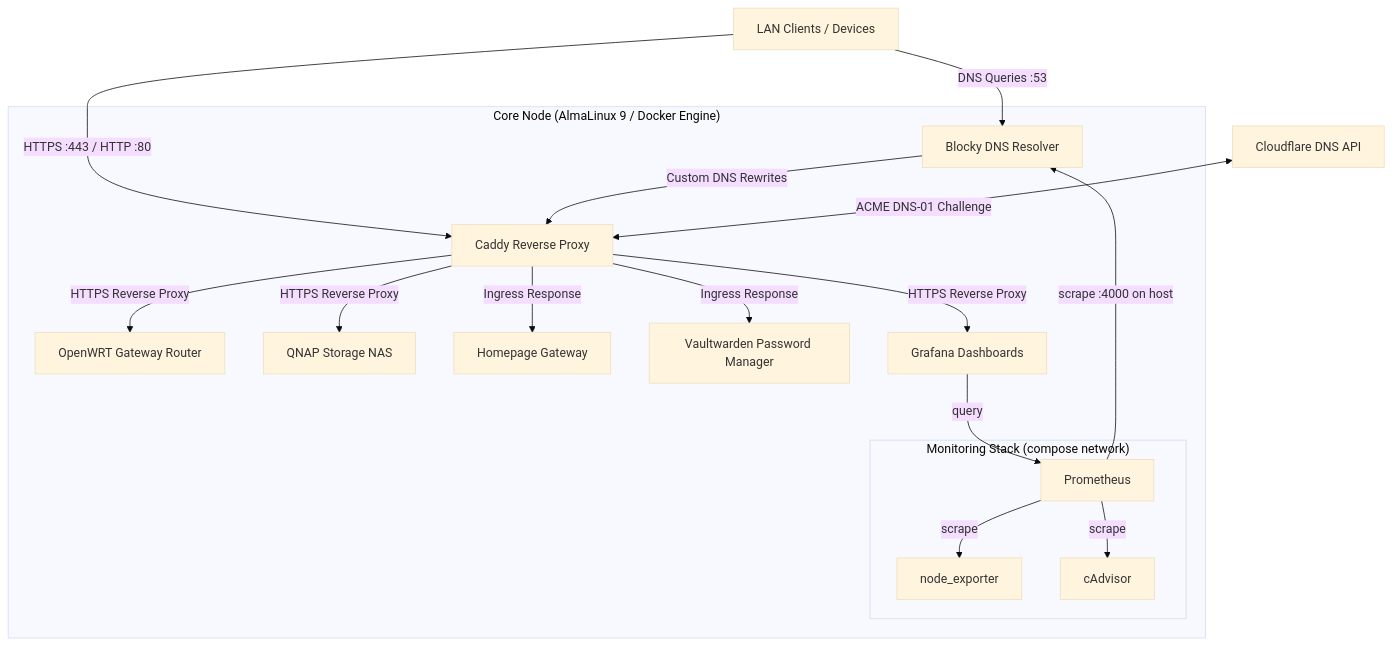
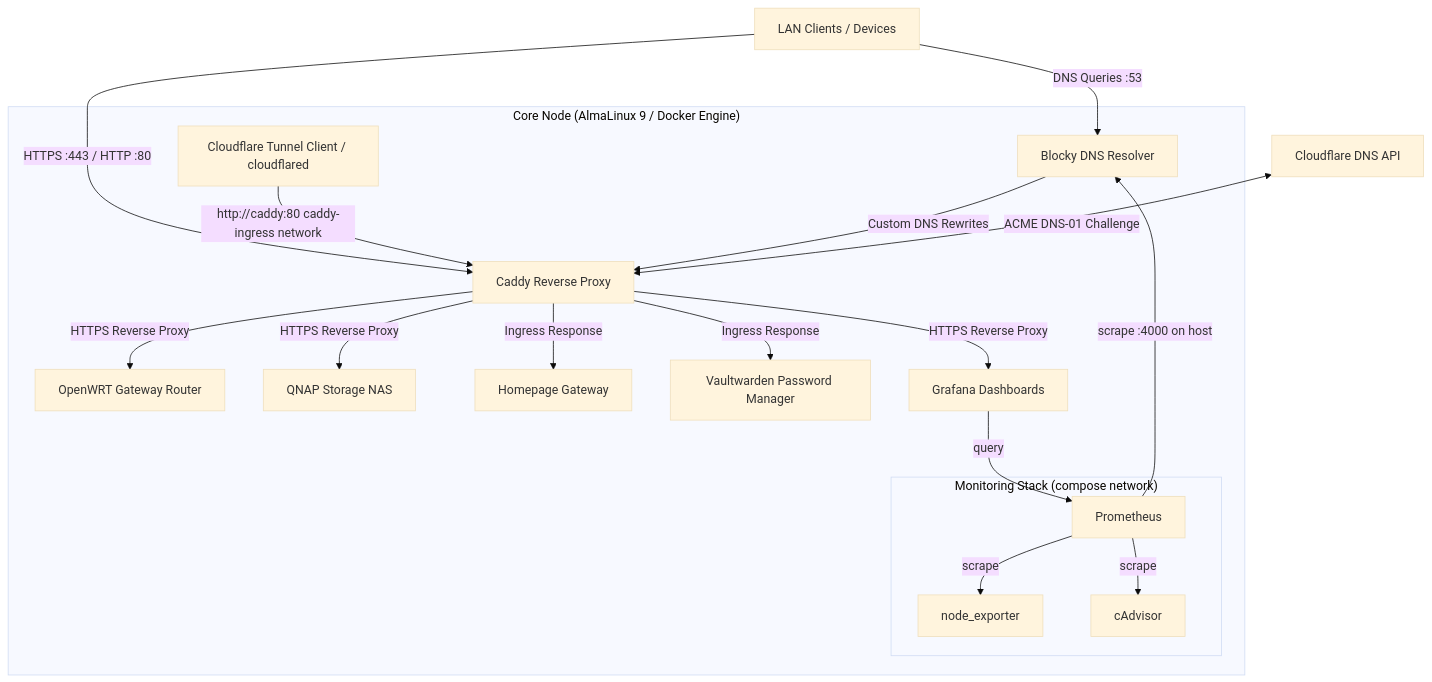
One commit to KrzysztofKaletkaDev/ansible-homelab-template changed the diagram in README.md. Above: the diagram before and after it, drawn with Mermaid (base theme). The commit also changed other lines of this file and 8 other files, not shown here.

Commit message:
feat: add cloudflared role for zero-trust tunnel ingress (#9)

````diff
--- a/README.md
+++ b/README.md
@@ -13,23 +13,24 @@
 ```mermaid
 graph TD
     Client[LAN Clients / Devices] -->|DNS Queries :53| Blocky[Blocky DNS Resolver]
     Client -->|HTTPS :443 / HTTP :80| Caddy[Caddy Reverse Proxy]
 
     subgraph core_node ["Core Node (AlmaLinux 9 / Docker Engine)"]
+        CloudflareTunnel[Cloudflare Tunnel Client / cloudflared] -->|http://caddy:80 caddy-ingress network| Caddy
         Blocky -->|Custom DNS Rewrites| Caddy
         Caddy -->|HTTPS Reverse Proxy| OpenWRT[OpenWRT Gateway Router]
         Caddy -->|HTTPS Reverse Proxy| QNAP[QNAP Storage NAS]
         Caddy -->|Ingress Response| Homepage[Homepage Gateway]
         Caddy -->|Ingress Response| Vaultwarden[Vaultwarden Password Manager]
         Caddy -->|HTTPS Reverse Proxy| Grafana[Grafana Dashboards]
 
         subgraph monitoring ["Monitoring Stack (compose network)"]
             Prometheus[Prometheus] -->|scrape| NodeExporter[node_exporter]
             Prometheus -->|scrape| Cadvisor[cAdvisor]
         end
         Grafana -->|query| Prometheus
         Prometheus -->|scrape :4000 on host| Blocky
     end
 
     Cloudflare[Cloudflare DNS API] <-->|ACME DNS-01 Challenge| Caddy
 ```
````
